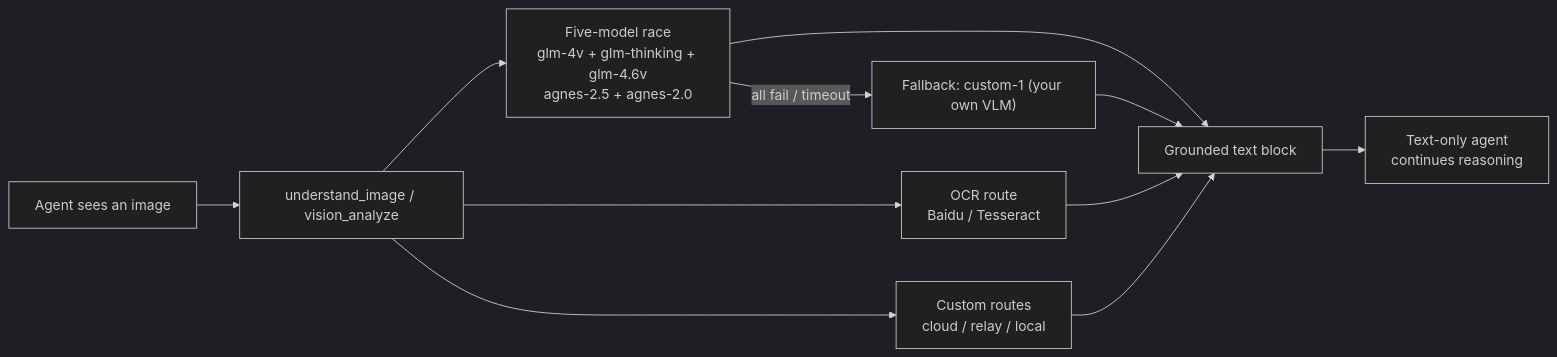
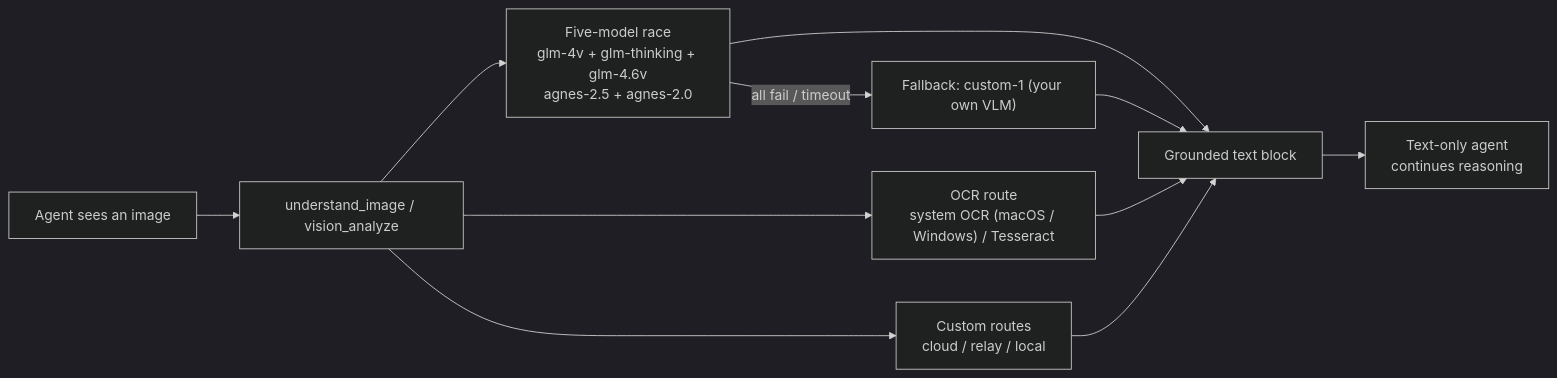
One commit to LaconicChip/vision-mcp changed the diagram in README.md. Above: the diagram before and after it, drawn with Mermaid (dark theme). The commit also changed other lines of this file and 6 other files, not shown here.

First line of the commit message:
feat: system-native OCR, drop Baidu (Apple Vision / Windows OCR / Tesseract)

````diff
--- a/README.md
+++ b/README.md
@@ -60,13 +60,13 @@
 ```mermaid
 flowchart LR
     A["Agent sees an image"] --> B["understand_image / vision_analyze"]
     B --> R["Five-model race<br/>glm-4v + glm-thinking + glm-4.6v<br/>agnes-2.5 + agnes-2.0"]
-    B --> O["OCR route<br/>Baidu / Tesseract"]
+    B --> O["OCR route<br/>system OCR (macOS / Windows) / Tesseract"]
     B --> C["Custom routes<br/>cloud / relay / local"]
     R --> T["Grounded text block"]
     O --> T
     C --> T
     R -- "all fail / timeout" --> V["Fallback: custom-1 (your own VLM)"]
     V --> T
     T --> D["Text-only agent<br/>continues reasoning"]
 ```
````
